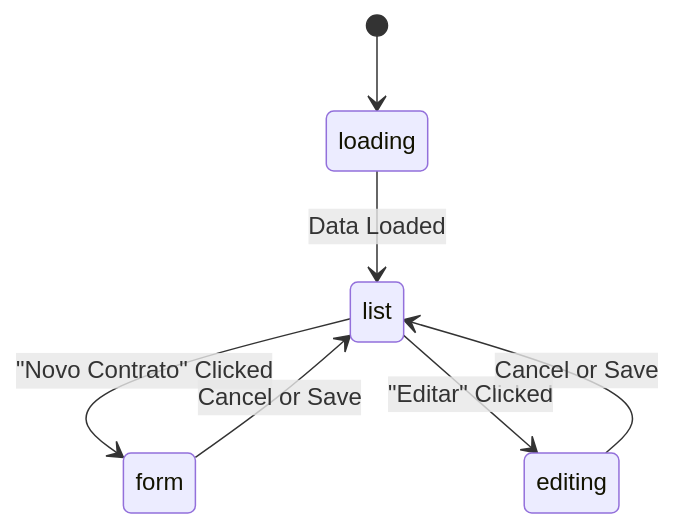
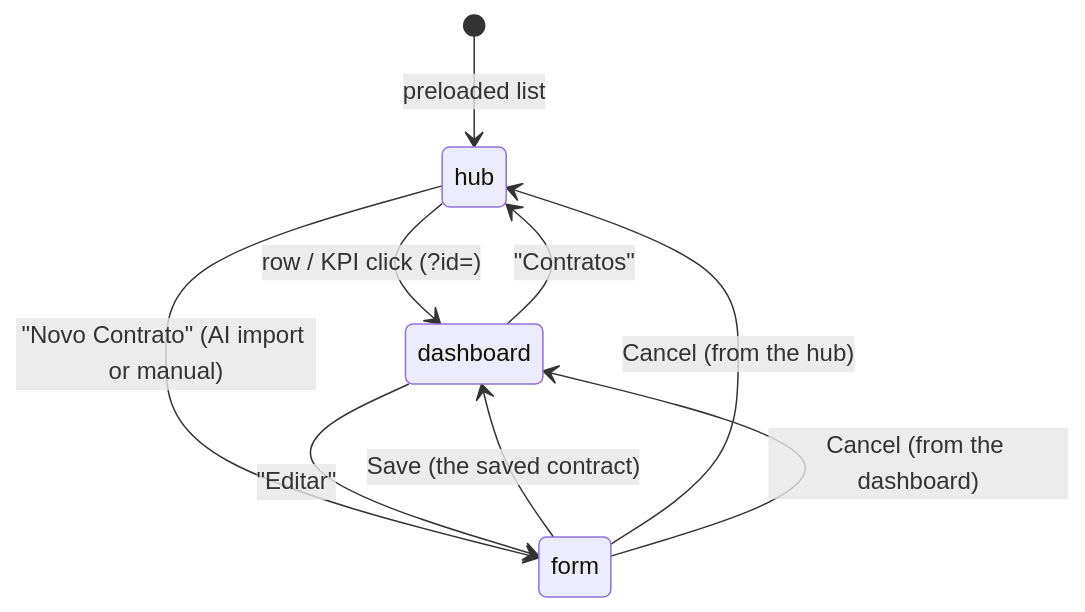
Before and after one commit to ARTURPEDROSA1/kitnets-monorepo: the diagram in docs/CONTRATOS_MODULE.md, drawn with Mermaid. The commit also changed other lines of this file and 21 other files, not shown here.

First line of the commit message:
feat(contratos): hub com painel, painel do contrato e importação de contratos antigos

````diff
--- a/docs/CONTRATOS_MODULE.md
+++ b/docs/CONTRATOS_MODULE.md
@@ -481,9 +506,11 @@
 ```mermaid
 stateDiagram-v2
-    [*] --> loading
-    loading --> list : Data Loaded
-    list --> form : "Novo Contrato" Clicked
-    list --> editing : "Editar" Clicked
-    form --> list : Cancel or Save
-    editing --> list : Cancel or Save
+    [*] --> hub : preloaded list
+    hub --> dashboard : row / KPI click (?id=)
+    dashboard --> hub : "Contratos"
+    hub --> form : "Novo Contrato" (AI import or manual)
+    dashboard --> form : "Editar"
+    form --> dashboard : Save (the saved contract)
+    form --> hub : Cancel (from the hub)
+    form --> dashboard : Cancel (from the dashboard)
 ```
````
